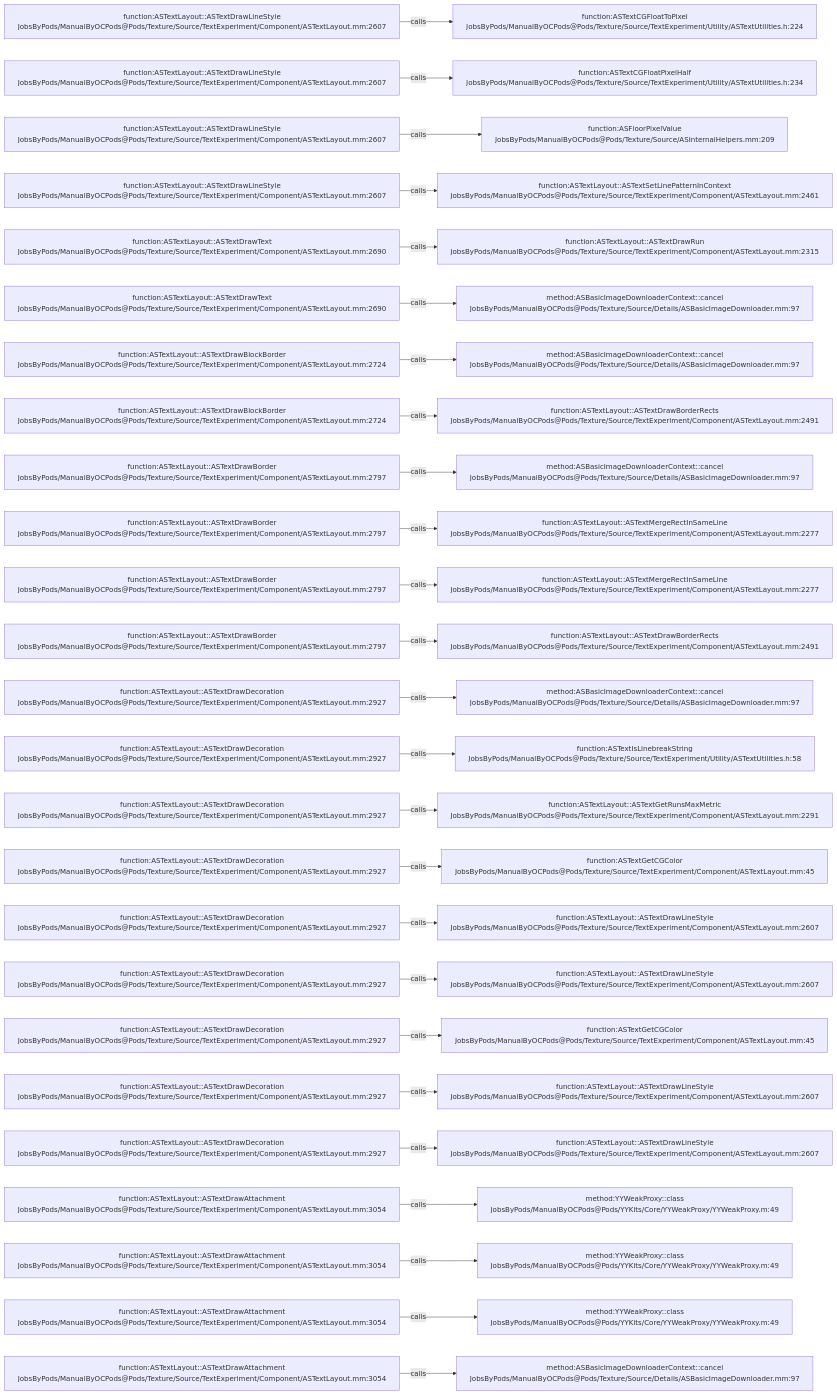
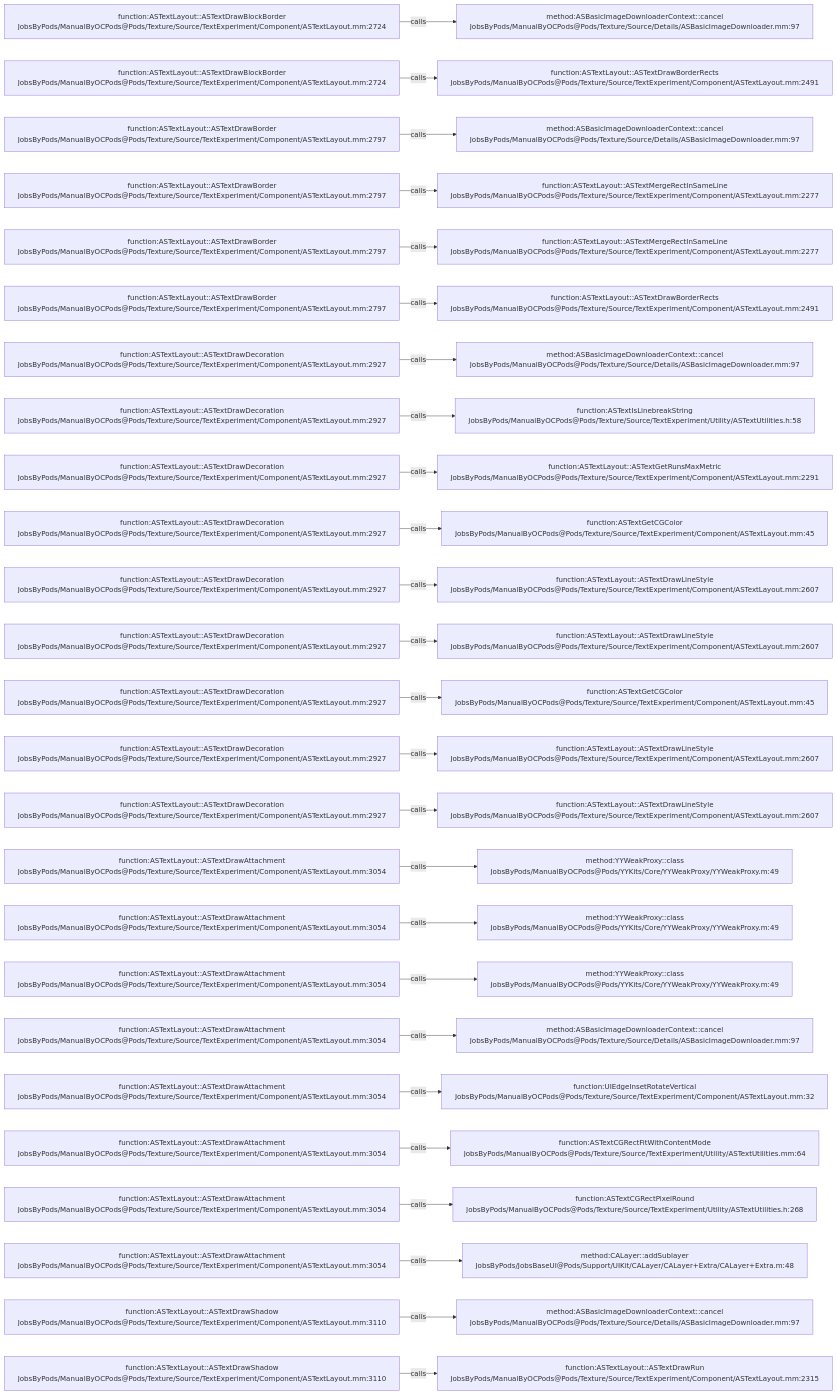
One commit to JobsKits/JobsOCBaseConfigDemo changed the diagram in .codegraph/codegraph.md/graphs/calls-197.md. Above: the diagram before and after it, drawn with Mermaid. The commit also changed 666 other files, not shown here.

````diff
--- a/.codegraph/codegraph.md/graphs/calls-197.md
+++ b/.codegraph/codegraph.md/graphs/calls-197.md
@@ -13,78 +13,78 @@
 ```mermaid
 flowchart LR
-  S1["function:ASTextLayout::ASTextDrawLineStyle<br/>JobsByPods/ManualByOCPods@Pods/Texture/Source/TextExperiment/Component/ASTextLayout.mm:2607"]
-  T1["function:ASTextCGFloatToPixel<br/>JobsByPods/ManualByOCPods@Pods/Texture/Source/TextExperiment/Utility/ASTextUtilities.h:224"]
+  S1["function:ASTextLayout::ASTextDrawBlockBorder<br/>JobsByPods/ManualByOCPods@Pods/Texture/Source/TextExperiment/Component/ASTextLayout.mm:2724"]
+  T1["method:ASBasicImageDownloaderContext::cancel<br/>JobsByPods/ManualByOCPods@Pods/Texture/Source/Details/ASBasicImageDownloader.mm:97"]
   S1 -->|calls| T1
-  S2["function:ASTextLayout::ASTextDrawLineStyle<br/>JobsByPods/ManualByOCPods@Pods/Texture/Source/TextExperiment/Component/ASTextLayout.mm:2607"]
-  T2["function:ASTextCGFloatPixelHalf<br/>JobsByPods/ManualByOCPods@Pods/Texture/Source/TextExperiment/Utility/ASTextUtilities.h:234"]
+  S2["function:ASTextLayout::ASTextDrawBlockBorder<br/>JobsByPods/ManualByOCPods@Pods/Texture/Source/TextExperiment/Component/ASTextLayout.mm:2724"]
+  T2["function:ASTextLayout::ASTextDrawBorderRects<br/>JobsByPods/ManualByOCPods@Pods/Texture/Source/TextExperiment/Component/ASTextLayout.mm:2491"]
   S2 -->|calls| T2
-  S3["function:ASTextLayout::ASTextDrawLineStyle<br/>JobsByPods/ManualByOCPods@Pods/Texture/Source/TextExperiment/Component/ASTextLayout.mm:2607"]
-  T3["function:ASFloorPixelValue<br/>JobsByPods/ManualByOCPods@Pods/Texture/Source/ASInternalHelpers.mm:209"]
+  S3["function:ASTextLayout::ASTextDrawBorder<br/>JobsByPods/ManualByOCPods@Pods/Texture/Source/TextExperiment/Component/ASTextLayout.mm:2797"]
+  T3["method:ASBasicImageDownloaderContext::cancel<br/>JobsByPods/ManualByOCPods@Pods/Texture/Source/Details/ASBasicImageDownloader.mm:97"]
   S3 -->|calls| T3
-  S4["function:ASTextLayout::ASTextDrawLineStyle<br/>JobsByPods/ManualByOCPods@Pods/Texture/Source/TextExperiment/Component/ASTextLayout.mm:2607"]
-  T4["function:ASTextLayout::ASTextSetLinePatternInContext<br/>JobsByPods/ManualByOCPods@Pods/Texture/Source/TextExperiment/Component/ASTextLayout.mm:2461"]
+  S4["function:ASTextLayout::ASTextDrawBorder<br/>JobsByPods/ManualByOCPods@Pods/Texture/Source/TextExperiment/Component/ASTextLayout.mm:2797"]
+  T4["function:ASTextLayout::ASTextMergeRectInSameLine<br/>JobsByPods/ManualByOCPods@Pods/Texture/Source/TextExperiment/Component/ASTextLayout.mm:2277"]
   S4 -->|calls| T4
-  S5["function:ASTextLayout::ASTextDrawText<br/>JobsByPods/ManualByOCPods@Pods/Texture/Source/TextExperiment/Component/ASTextLayout.mm:2690"]
-  T5["function:ASTextLayout::ASTextDrawRun<br/>JobsByPods/ManualByOCPods@Pods/Texture/Source/TextExperiment/Component/ASTextLayout.mm:2315"]
+  S5["function:ASTextLayout::ASTextDrawBorder<br/>JobsByPods/ManualByOCPods@Pods/Texture/Source/TextExperiment/Component/ASTextLayout.mm:2797"]
+  T5["function:ASTextLayout::ASTextMergeRectInSameLine<br/>JobsByPods/ManualByOCPods@Pods/Texture/Source/TextExperiment/Component/ASTextLayout.mm:2277"]
   S5 -->|calls| T5
-  S6["function:ASTextLayout::ASTextDrawText<br/>JobsByPods/ManualByOCPods@Pods/Texture/Source/TextExperiment/Component/ASTextLayout.mm:2690"]
-  T6["method:ASBasicImageDownloaderContext::cancel<br/>JobsByPods/ManualByOCPods@Pods/Texture/Source/Details/ASBasicImageDownloader.mm:97"]
+  S6["function:ASTextLayout::ASTextDrawBorder<br/>JobsByPods/ManualByOCPods@Pods/Texture/Source/TextExperiment/Component/ASTextLayout.mm:2797"]
+  T6["function:ASTextLayout::ASTextDrawBorderRects<br/>JobsByPods/ManualByOCPods@Pods/Texture/Source/TextExperiment/Component/ASTextLayout.mm:2491"]
   S6 -->|calls| T6
-  S7["function:ASTextLayout::ASTextDrawBlockBorder<br/>JobsByPods/ManualByOCPods@Pods/Texture/Source/TextExperiment/Component/ASTextLayout.mm:2724"]
+  S7["function:ASTextLayout::ASTextDrawDecoration<br/>JobsByPods/ManualByOCPods@Pods/Texture/Source/TextExperiment/Component/ASTextLayout.mm:2927"]
   T7["method:ASBasicImageDownloaderContext::cancel<br/>JobsByPods/ManualByOCPods@Pods/Texture/Source/Details/ASBasicImageDownloader.mm:97"]
   S7 -->|calls| T7
-  S8["function:ASTextLayout::ASTextDrawBlockBorder<br/>JobsByPods/ManualByOCPods@Pods/Texture/Source/TextExperiment/Component/ASTextLayout.mm:2724"]
-  T8["function:ASTextLayout::ASTextDrawBorderRects<br/>JobsByPods/ManualByOCPods@Pods/Texture/Source/TextExperiment/Component/ASTextLayout.mm:2491"]
+  S8["function:ASTextLayout::ASTextDrawDecoration<br/>JobsByPods/ManualByOCPods@Pods/Texture/Source/TextExperiment/Component/ASTextLayout.mm:2927"]
+  T8["function:ASTextIsLinebreakString<br/>JobsByPods/ManualByOCPods@Pods/Texture/Source/TextExperiment/Utility/ASTextUtilities.h:58"]
   S8 -->|calls| T8
-  S9["function:ASTextLayout::ASTextDrawBorder<br/>JobsByPods/ManualByOCPods@Pods/Texture/Source/TextExperiment/Component/ASTextLayout.mm:2797"]
-  T9["method:ASBasicImageDownloaderContext::cancel<br/>JobsByPods/ManualByOCPods@Pods/Texture/Source/Details/ASBasicImageDownloader.mm:97"]
+  S9["function:ASTextLayout::ASTextDrawDecoration<br/>JobsByPods/ManualByOCPods@Pods/Texture/Source/TextExperiment/Component/ASTextLayout.mm:2927"]
+  T9["function:ASTextLayout::ASTextGetRunsMaxMetric<br/>JobsByPods/ManualByOCPods@Pods/Texture/Source/TextExperiment/Component/ASTextLayout.mm:2291"]
   S9 -->|calls| T9
-  S10["function:ASTextLayout::ASTextDrawBorder<br/>JobsByPods/ManualByOCPods@Pods/Texture/Source/TextExperiment/Component/ASTextLayout.mm:2797"]
-  T10["function:ASTextLayout::ASTextMergeRectInSameLine<br/>JobsByPods/ManualByOCPods@Pods/Texture/Source/TextExperiment/Component/ASTextLayout.mm:2277"]
+  S10["function:ASTextLayout::ASTextDrawDecoration<br/>JobsByPods/ManualByOCPods@Pods/Texture/Source/TextExperiment/Component/ASTextLayout.mm:2927"]
+  T10["function:ASTextGetCGColor<br/>JobsByPods/ManualByOCPods@Pods/Texture/Source/TextExperiment/Component/ASTextLayout.mm:45"]
   S10 -->|calls| T10
-  S11["function:ASTextLayout::ASTextDrawBorder<br/>JobsByPods/ManualByOCPods@Pods/Texture/Source/TextExperiment/Component/ASTextLayout.mm:2797"]
-  T11["function:ASTextLayout::ASTextMergeRectInSameLine<br/>JobsByPods/ManualByOCPods@Pods/Texture/Source/TextExperiment/Component/ASTextLayout.mm:2277"]
+  S11["function:ASTextLayout::ASTextDrawDecoration<br/>JobsByPods/ManualByOCPods@Pods/Texture/Source/TextExperiment/Component/ASTextLayout.mm:2927"]
+  T11["function:ASTextLayout::ASTextDrawLineStyle<br/>JobsByPods/ManualByOCPods@Pods/Texture/Source/TextExperiment/Component/ASTextLayout.mm:2607"]
   S11 -->|calls| T11
-  S12["function:ASTextLayout::ASTextDrawBorder<br/>JobsByPods/ManualByOCPods@Pods/Texture/Source/TextExperiment/Component/ASTextLayout.mm:2797"]
-  T12["function:ASTextLayout::ASTextDrawBorderRects<br/>JobsByPods/ManualByOCPods@Pods/Texture/Source/TextExperiment/Component/ASTextLayout.mm:2491"]
+  S12["function:ASTextLayout::ASTextDrawDecoration<br/>JobsByPods/ManualByOCPods@Pods/Texture/Source/TextExperiment/Component/ASTextLayout.mm:2927"]
+  T12["function:ASTextLayout::ASTextDrawLineStyle<br/>JobsByPods/ManualByOCPods@Pods/Texture/Source/TextExperiment/Component/ASTextLayout.mm:2607"]
   S12 -->|calls| T12
   S13["function:ASTextLayout::ASTextDrawDecoration<br/>JobsByPods/ManualByOCPods@Pods/Texture/Source/TextExperiment/Component/ASTextLayout.mm:2927"]
-  T13["method:ASBasicImageDownloaderContext::cancel<br/>JobsByPods/ManualByOCPods@Pods/Texture/Source/Details/ASBasicImageDownloader.mm:97"]
+  T13["function:ASTextGetCGColor<br/>JobsByPods/ManualByOCPods@Pods/Texture/Source/TextExperiment/Component/ASTextLayout.mm:45"]
   S13 -->|calls| T13
   S14["function:ASTextLayout::ASTextDrawDecoration<br/>JobsByPods/ManualByOCPods@Pods/Texture/Source/TextExperiment/Component/ASTextLayout.mm:2927"]
-  T14["function:ASTextIsLinebreakString<br/>JobsByPods/ManualByOCPods@Pods/Texture/Source/TextExperiment/Utility/ASTextUtilities.h:58"]
+  T14["function:ASTextLayout::ASTextDrawLineStyle<br/>JobsByPods/ManualByOCPods@Pods/Texture/Source/TextExperiment/Component/ASTextLayout.mm:2607"]
   S14 -->|calls| T14
   S15["function:ASTextLayout::ASTextDrawDecoration<br/>JobsByPods/ManualByOCPods@Pods/Texture/Source/TextExperiment/Component/ASTextLayout.mm:2927"]
-  T15["function:ASTextLayout::ASTextGetRunsMaxMetric<br/>JobsByPods/ManualByOCPods@Pods/Texture/Source/TextExperiment/Component/ASTextLayout.mm:2291"]
+  T15["function:ASTextLayout::ASTextDrawLineStyle<br/>JobsByPods/ManualByOCPods@Pods/Texture/Source/TextExperiment/Component/ASTextLayout.mm:2607"]
   S15 -->|calls| T15
-  S16["function:ASTextLayout::ASTextDrawDecoration<br/>JobsByPods/ManualByOCPods@Pods/Texture/Source/TextExperiment/Component/ASTextLayout.mm:2927"]
-  T16["function:ASTextGetCGColor<br/>JobsByPods/ManualByOCPods@Pods/Texture/Source/TextExperiment/Component/ASTextLayout.mm:45"]
+  S16["function:ASTextLayout::ASTextDrawAttachment<br/>JobsByPods/ManualByOCPods@Pods/Texture/Source/TextExperiment/Component/ASTextLayout.mm:3054"]
+  T16["method:YYWeakProxy::class<br/>JobsByPods/ManualByOCPods@Pods/YYKits/Core/YYWeakProxy/YYWeakProxy.m:49"]
   S16 -->|calls| T16
-  S17["function:ASTextLayout::ASTextDrawDecoration<br/>JobsByPods/ManualByOCPods@Pods/Texture/Source/TextExperiment/Component/ASTextLayout.mm:2927"]
-  T17["function:ASTextLayout::ASTextDrawLineStyle<br/>JobsByPods/ManualByOCPods@Pods/Texture/Source/TextExperiment/Component/ASTextLayout.mm:2607"]
+  S17["function:ASTextLayout::ASTextDrawAttachment<br/>JobsByPods/ManualByOCPods@Pods/Texture/Source/TextExperiment/Component/ASTextLayout.mm:3054"]
+  T17["method:YYWeakProxy::class<br/>JobsByPods/ManualByOCPods@Pods/YYKits/Core/YYWeakProxy/YYWeakProxy.m:49"]
   S17 -->|calls| T17
-  S18["function:ASTextLayout::ASTextDrawDecoration<br/>JobsByPods/ManualByOCPods@Pods/Texture/Source/TextExperiment/Component/ASTextLayout.mm:2927"]
-  T18["function:ASTextLayout::ASTextDrawLineStyle<br/>JobsByPods/ManualByOCPods@Pods/Texture/Source/TextExperiment/Component/ASTextLayout.mm:2607"]
+  S18["function:ASTextLayout::ASTextDrawAttachment<br/>JobsByPods/ManualByOCPods@Pods/Texture/Source/TextExperiment/Component/ASTextLayout.mm:3054"]
+  T18["method:YYWeakProxy::class<br/>JobsByPods/ManualByOCPods@Pods/YYKits/Core/YYWeakProxy/YYWeakProxy.m:49"]
   S18 -->|calls| T18
-  S19["function:ASTextLayout::ASTextDrawDecoration<br/>JobsByPods/ManualByOCPods@Pods/Texture/Source/TextExperiment/Component/ASTextLayout.mm:2927"]
-  T19["function:ASTextGetCGColor<br/>JobsByPods/ManualByOCPods@Pods/Texture/Source/TextExperiment/Component/ASTextLayout.mm:45"]
+  S19["function:ASTextLayout::ASTextDrawAttachment<br/>JobsByPods/ManualByOCPods@Pods/Texture/Source/TextExperiment/Component/ASTextLayout.mm:3054"]
+  T19["method:ASBasicImageDownloaderContext::cancel<br/>JobsByPods/ManualByOCPods@Pods/Texture/Source/Details/ASBasicImageDownloader.mm:97"]
   S19 -->|calls| T19
-  S20["function:ASTextLayout::ASTextDrawDecoration<br/>JobsByPods/ManualByOCPods@Pods/Texture/Source/TextExperiment/Component/ASTextLayout.mm:2927"]
-  T20["function:ASTextLayout::ASTextDrawLineStyle<br/>JobsByPods/ManualByOCPods@Pods/Texture/Source/TextExperiment/Component/ASTextLayout.mm:2607"]
+  S20["function:ASTextLayout::ASTextDrawAttachment<br/>JobsByPods/ManualByOCPods@Pods/Texture/Source/TextExperiment/Component/ASTextLayout.mm:3054"]
+  T20["function:UIEdgeInsetRotateVertical<br/>JobsByPods/ManualByOCPods@Pods/Texture/Source/TextExperiment/Component/ASTextLayout.mm:32"]
   S20 -->|calls| T20
-  S21["function:ASTextLayout::ASTextDrawDecoration<br/>JobsByPods/ManualByOCPods@Pods/Texture/Source/TextExperiment/Component/ASTextLayout.mm:2927"]
-  T21["function:ASTextLayout::ASTextDrawLineStyle<br/>JobsByPods/ManualByOCPods@Pods/Texture/Source/TextExperiment/Component/ASTextLayout.mm:2607"]
+  S21["function:ASTextLayout::ASTextDrawAttachment<br/>JobsByPods/ManualByOCPods@Pods/Texture/Source/TextExperiment/Component/ASTextLayout.mm:3054"]
+  T21["function:ASTextCGRectFitWithContentMode<br/>JobsByPods/ManualByOCPods@Pods/Texture/Source/TextExperiment/Utility/ASTextUtilities.mm:64"]
   S21 -->|calls| T21
   S22["function:ASTextLayout::ASTextDrawAttachment<br/>JobsByPods/ManualByOCPods@Pods/Texture/Source/TextExperiment/Component/ASTextLayout.mm:3054"]
-  T22["method:YYWeakProxy::class<br/>JobsByPods/ManualByOCPods@Pods/YYKits/Core/YYWeakProxy/YYWeakProxy.m:49"]
+  T22["function:ASTextCGRectPixelRound<br/>JobsByPods/ManualByOCPods@Pods/Texture/Source/TextExperiment/Utility/ASTextUtilities.h:268"]
   S22 -->|calls| T22
   S23["function:ASTextLayout::ASTextDrawAttachment<br/>JobsByPods/ManualByOCPods@Pods/Texture/Source/TextExperiment/Component/ASTextLayout.mm:3054"]
-  T23["method:YYWeakProxy::class<br/>JobsByPods/ManualByOCPods@Pods/YYKits/Core/YYWeakProxy/YYWeakProxy.m:49"]
+  T23["method:CALayer::addSublayer<br/>JobsByPods/JobsBaseUI@Pods/Support/UIKit/CALayer/CALayer+Extra/CALayer+Extra.m:48"]
   S23 -->|calls| T23
-  S24["function:ASTextLayout::ASTextDrawAttachment<br/>JobsByPods/ManualByOCPods@Pods/Texture/Source/TextExperiment/Component/ASTextLayout.mm:3054"]
-  T24["method:YYWeakProxy::class<br/>JobsByPods/ManualByOCPods@Pods/YYKits/Core/YYWeakProxy/YYWeakProxy.m:49"]
+  S24["function:ASTextLayout::ASTextDrawShadow<br/>JobsByPods/ManualByOCPods@Pods/Texture/Source/TextExperiment/Component/ASTextLayout.mm:3110"]
+  T24["method:ASBasicImageDownloaderContext::cancel<br/>JobsByPods/ManualByOCPods@Pods/Texture/Source/Details/ASBasicImageDownloader.mm:97"]
   S24 -->|calls| T24
-  S25["function:ASTextLayout::ASTextDrawAttachment<br/>JobsByPods/ManualByOCPods@Pods/Texture/Source/TextExperiment/Component/ASTextLayout.mm:3054"]
-  T25["method:ASBasicImageDownloaderContext::cancel<br/>JobsByPods/ManualByOCPods@Pods/Texture/Source/Details/ASBasicImageDownloader.mm:97"]
+  S25["function:ASTextLayout::ASTextDrawShadow<br/>JobsByPods/ManualByOCPods@Pods/Texture/Source/TextExperiment/Component/ASTextLayout.mm:3110"]
+  T25["function:ASTextLayout::ASTextDrawRun<br/>JobsByPods/ManualByOCPods@Pods/Texture/Source/TextExperiment/Component/ASTextLayout.mm:2315"]
   S25 -->|calls| T25
 ```
````
